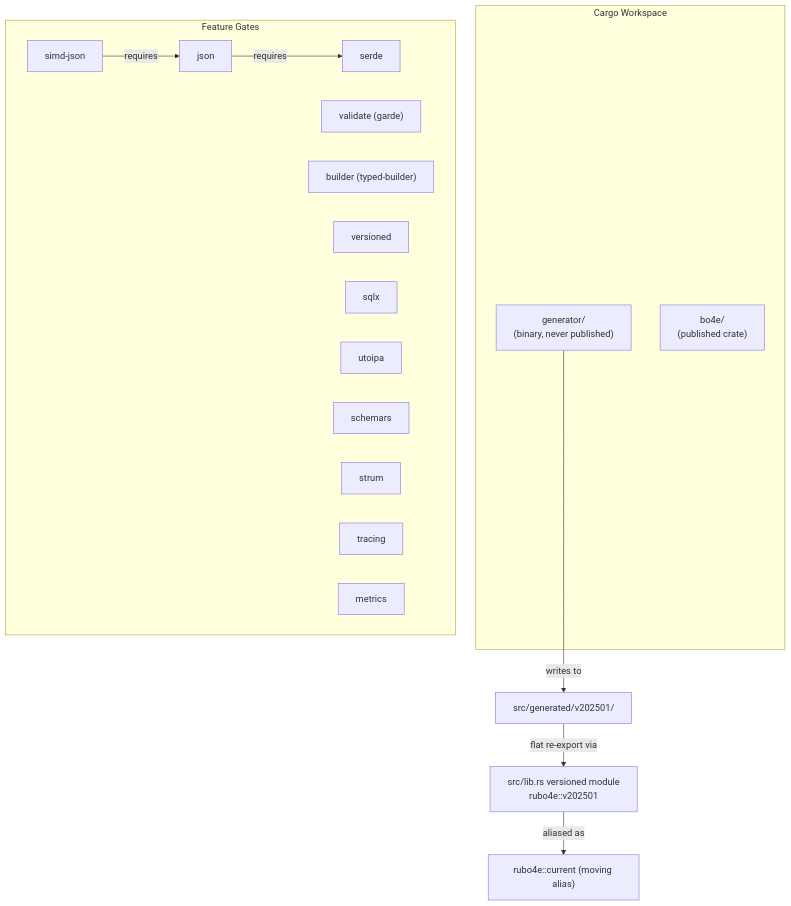
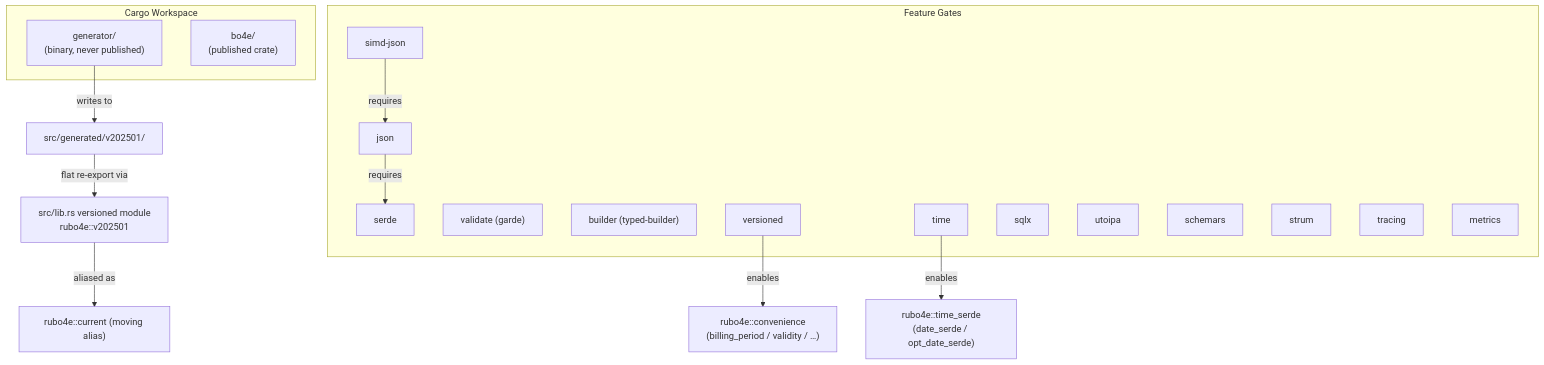
Before and after one commit to hupe1980/rubo4e: the diagram in docs/architecture.md, drawn with Mermaid. The commit also changed other lines of this file and 132 other files, not shown here.

````diff
--- a/docs/architecture.md
+++ b/docs/architecture.md
@@ -64,29 +66,32 @@
 ```mermaid
 graph TD
     subgraph workspace["Cargo Workspace"]
         generator["generator/\n(binary, never published)"]
         bo4e["bo4e/\n(published crate)"]
     end
 
     generator -->|"writes to"| generated["src/generated/v202501/"]
     generated -->|"flat re-export via"| versioned["src/lib.rs versioned module\nrubo4e::v202501"]
     versioned -->|"aliased as"| current["rubo4e::current (moving alias)"]
 
     subgraph features["Feature Gates"]
         serde_feat["serde"]
         json_feat["json"]
         simd_feat["simd-json"]
         validate_feat["validate (garde)"]
         builder_feat["builder (typed-builder)"]
         versioned_feat["versioned"]
+        time_feat["time"]
         sqlx_feat["sqlx"]
         utoipa_feat["utoipa"]
         schemars_feat["schemars"]
         strum_feat["strum"]
         tracing_feat["tracing"]
         metrics_feat["metrics"]
     end
 
     simd_feat -->|"requires"| json_feat
     json_feat -->|"requires"| serde_feat
+    time_feat -->|"enables"| time_serde["rubo4e::time_serde\n(date_serde / opt_date_serde)"]
+    versioned_feat -->|"enables"| convenience["rubo4e::convenience\n(billing_period / validity / …)"]
 ```
````
